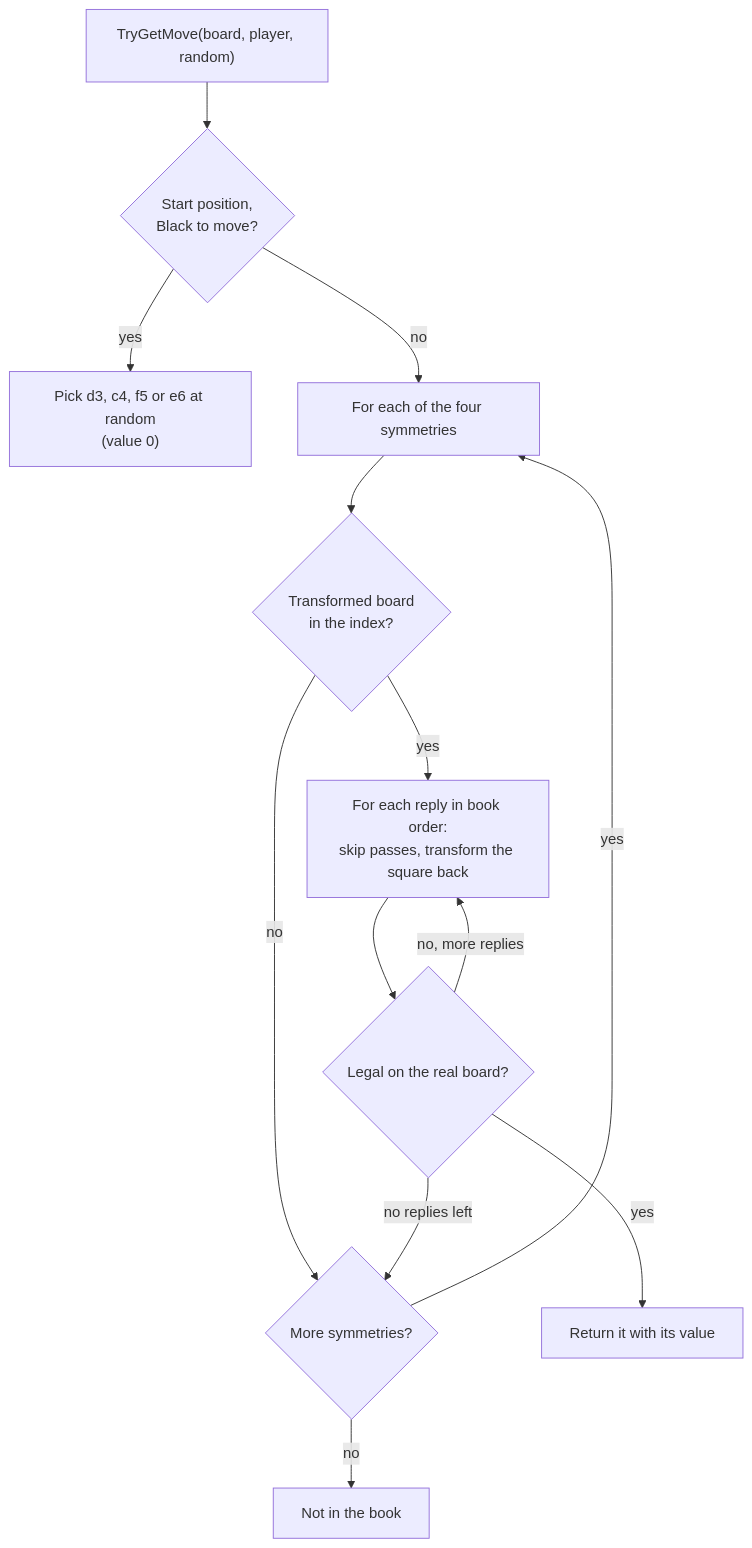
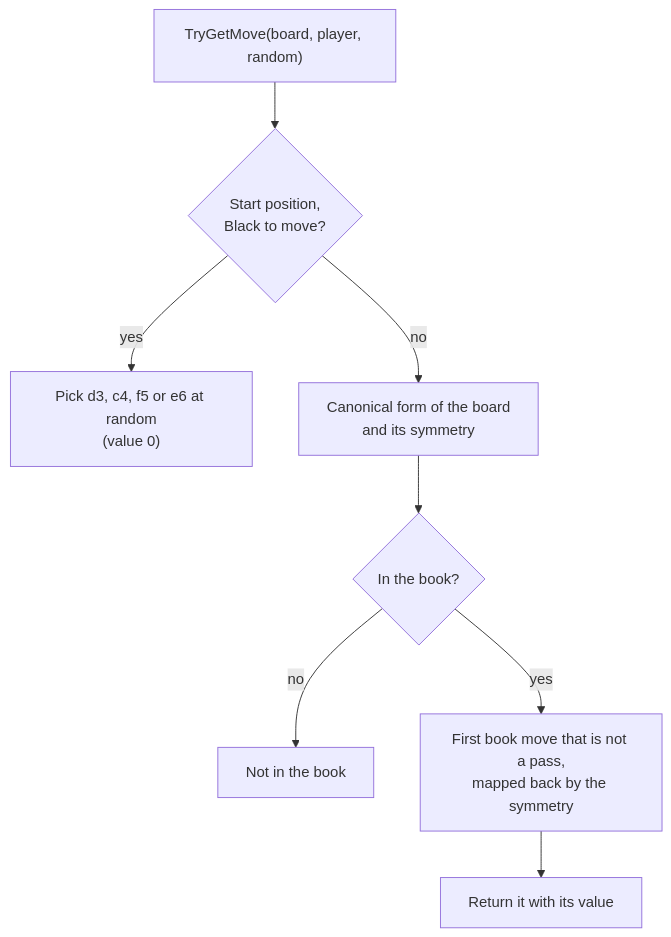
The first of 3 diagrams in docs/brain/11-opening-book.md (cjp-dev/Stello), drawn with Mermaid before and after one commit. The commit also changed other lines of this file and 42 other files, not shown here.

````diff
--- a/docs/brain/11-opening-book.md
+++ b/docs/brain/11-opening-book.md
@@ -92,15 +128,10 @@
 ```mermaid
 flowchart TD
     Start["TryGetMove(board, player, random)"] --> Initial{"Start position,<br/>Black to move?"}
     Initial -- "yes" --> Random["Pick d3, c4, f5 or e6 at random<br/>(value 0)"]
-    Initial -- "no" --> Sym["For each of the four symmetries"]
-    Sym --> Look{"Transformed board<br/>in the index?"}
-    Look -- "no" --> Next{"More symmetries?"}
-    Look -- "yes" --> Replies["For each reply in book order:<br/>skip passes, transform the square back"]
-    Replies --> Legal{"Legal on the real board?"}
-    Legal -- "yes" --> Found["Return it with its value"]
-    Legal -- "no, more replies" --> Replies
-    Legal -- "no replies left" --> Next
-    Next -- "yes" --> Sym
-    Next -- "no" --> None["Not in the book"]
+    Initial -- "no" --> Canon["Canonical form of the board<br/>and its symmetry"]
+    Canon --> Look{"In the book?"}
+    Look -- "no" --> None["Not in the book"]
+    Look -- "yes" --> First["First book move that is not a pass,<br/>mapped back by the symmetry"]
+    First --> Found["Return it with its value"]
 ```
````
